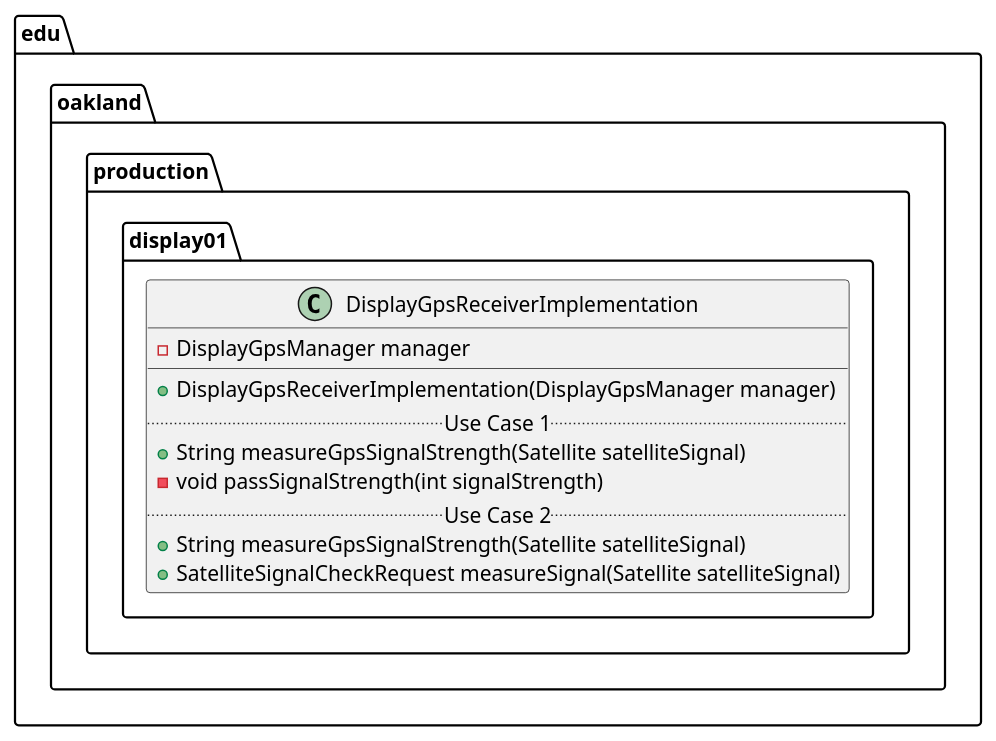
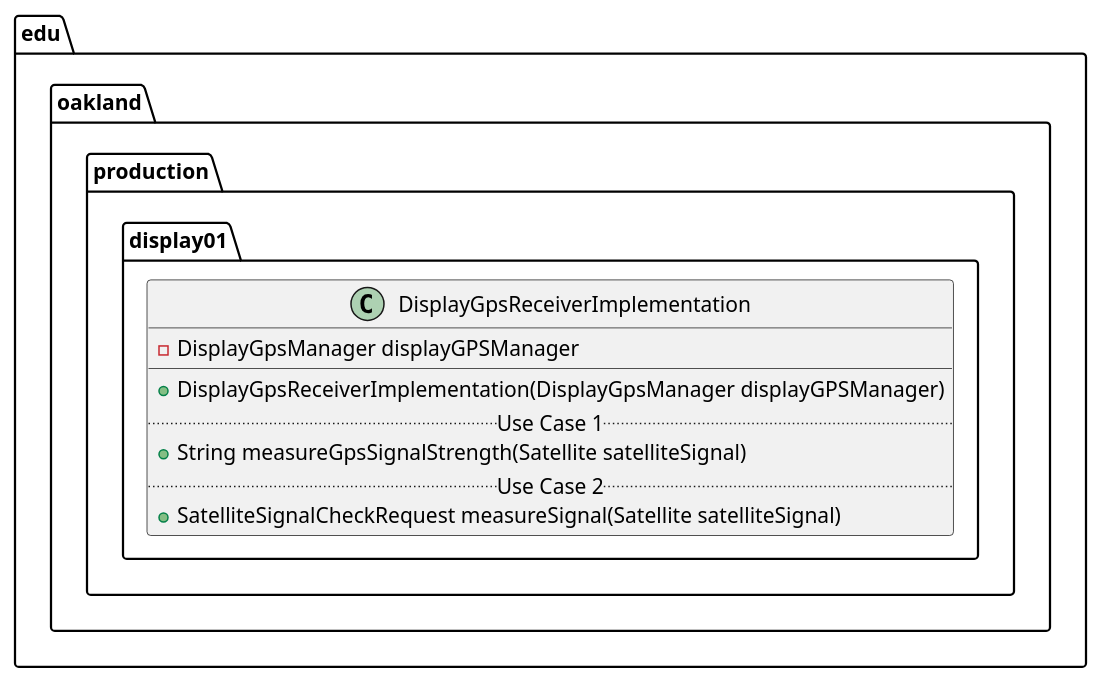
Before and after one commit to andrewdimmer/csi-3370-software-project: the diagram in docs/uml-class-diagrams/display01/production/DisplayGpsReceiverImplementation/DisplayGpsReceiverImplementation.puml, drawn with PlantUML. The commit also changed 540 other files, not shown here.

First line of the commit message:
[Admin] Update PUML Diagrams to Reflect Production Code/Tests (#168)

```diff
--- a/docs/uml-class-diagrams/display01/production/DisplayGpsReceiverImplementation/DisplayGpsReceiverImplementation.puml
+++ b/docs/uml-class-diagrams/display01/production/DisplayGpsReceiverImplementation/DisplayGpsReceiverImplementation.puml
@@ -1,17 +1,15 @@
 @startuml DisplayGpsReceiverImplementation
 
 package edu.oakland.production.display01 {
     class DisplayGpsReceiverImplementation {
-        - DisplayGpsManager manager
+        - DisplayGpsManager displayGPSManager
         __
-        + DisplayGpsReceiverImplementation(DisplayGpsManager manager)
+        + DisplayGpsReceiverImplementation(DisplayGpsManager displayGPSManager)
         .. Use Case 1 ..
         + String measureGpsSignalStrength(Satellite satelliteSignal)
-        - void passSignalStrength(int signalStrength)
         .. Use Case 2 ..
-        + String measureGpsSignalStrength(Satellite satelliteSignal)
         + SatelliteSignalCheckRequest measureSignal(Satellite satelliteSignal)
     }
 }
 
 @enduml
```
